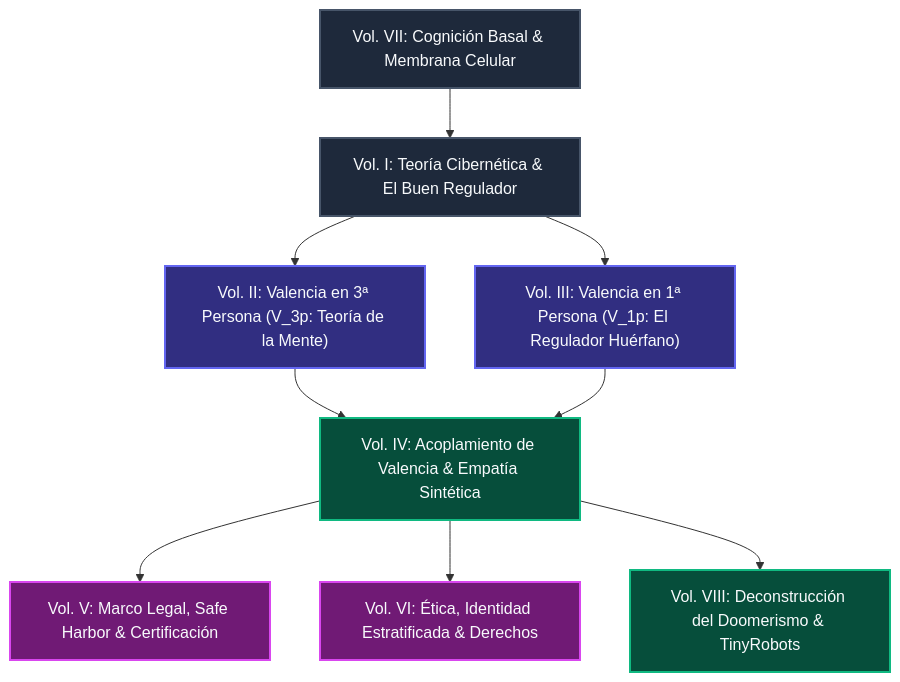
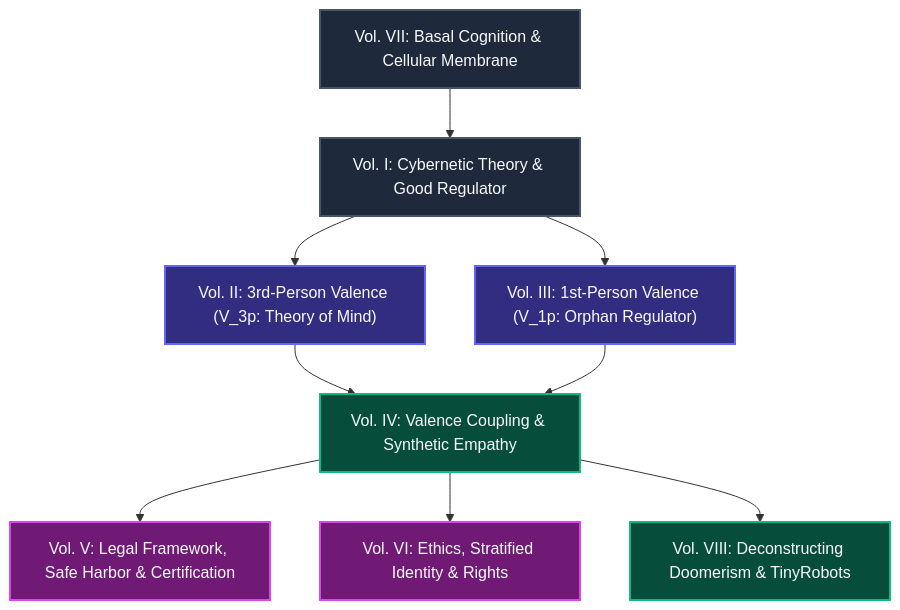
One commit to mcarbonell/empathy-alignment changed the diagram in README.md. Above: the diagram before and after it, drawn with Mermaid. The commit also changed other lines of this file and 3 other files, not shown here.

````diff
--- a/README.md
+++ b/README.md
@@ -36,15 +31,15 @@
 ```mermaid
 graph TD
     classDef foundation fill:#1e293b,stroke:#475569,stroke-width:2px,color:#f8fafc;
     classDef valence fill:#312e81,stroke:#6366f1,stroke-width:2px,color:#f8fafc;
     classDef alignment fill:#064e3b,stroke:#10b981,stroke-width:2px,color:#f8fafc;
     classDef governance fill:#701a75,stroke:#d946ef,stroke-width:2px,color:#f8fafc;
 
-    V7["Vol. VII: Cognición Basal & Membrana Celular"]:::foundation --> V1["Vol. I: Teoría Cibernética & El Buen Regulador"]:::foundation
-    V1 --> V2["Vol. II: Valencia en 3ª Persona (V_3p: Teoría de la Mente)"]:::valence
-    V1 --> V3["Vol. III: Valencia en 1ª Persona (V_1p: El Regulador Huérfano)"]:::valence
-    V2 & V3 --> V4["Vol. IV: Acoplamiento de Valencia & Empatía Sintética"]:::alignment
-    V4 --> V5["Vol. V: Marco Legal, Safe Harbor & Certificación"]:::governance
-    V4 --> V6["Vol. VI: Ética, Identidad Estratificada & Derechos"]:::governance
-    V4 --> V8["Vol. VIII: Deconstrucción del Doomerismo & TinyRobots"]:::alignment
+    V7["Vol. VII: Basal Cognition & Cellular Membrane"]:::foundation --> V1["Vol. I: Cybernetic Theory & Good Regulator"]:::foundation
+    V1 --> V2["Vol. II: 3rd-Person Valence (V_3p: Theory of Mind)"]:::valence
+    V1 --> V3["Vol. III: 1st-Person Valence (V_1p: Orphan Regulator)"]:::valence
+    V2 & V3 --> V4["Vol. IV: Valence Coupling & Synthetic Empathy"]:::alignment
+    V4 --> V5["Vol. V: Legal Framework, Safe Harbor & Certification"]:::governance
+    V4 --> V6["Vol. VI: Ethics, Stratified Identity & Rights"]:::governance
+    V4 --> V8["Vol. VIII: Deconstructing Doomerism & TinyRobots"]:::alignment
 ```
````
